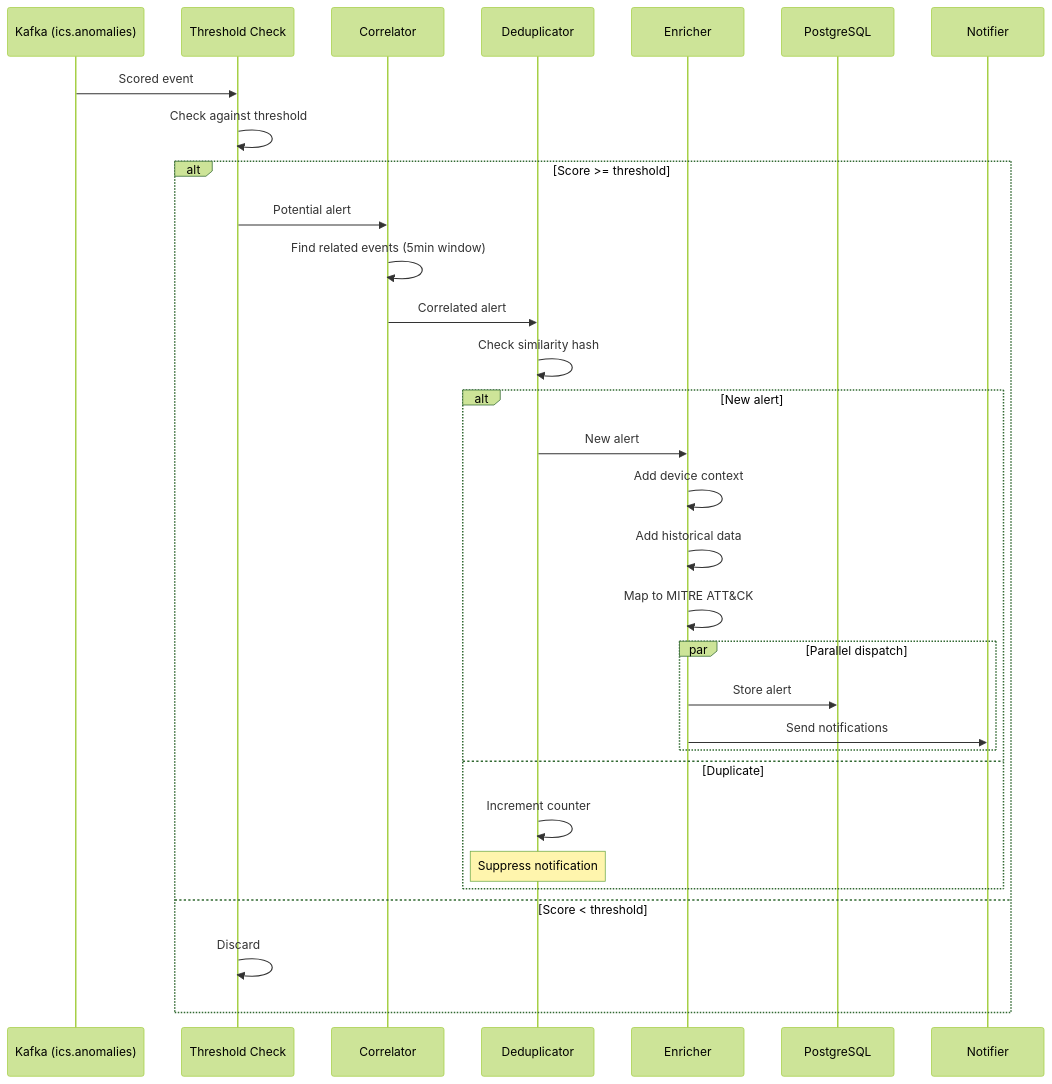
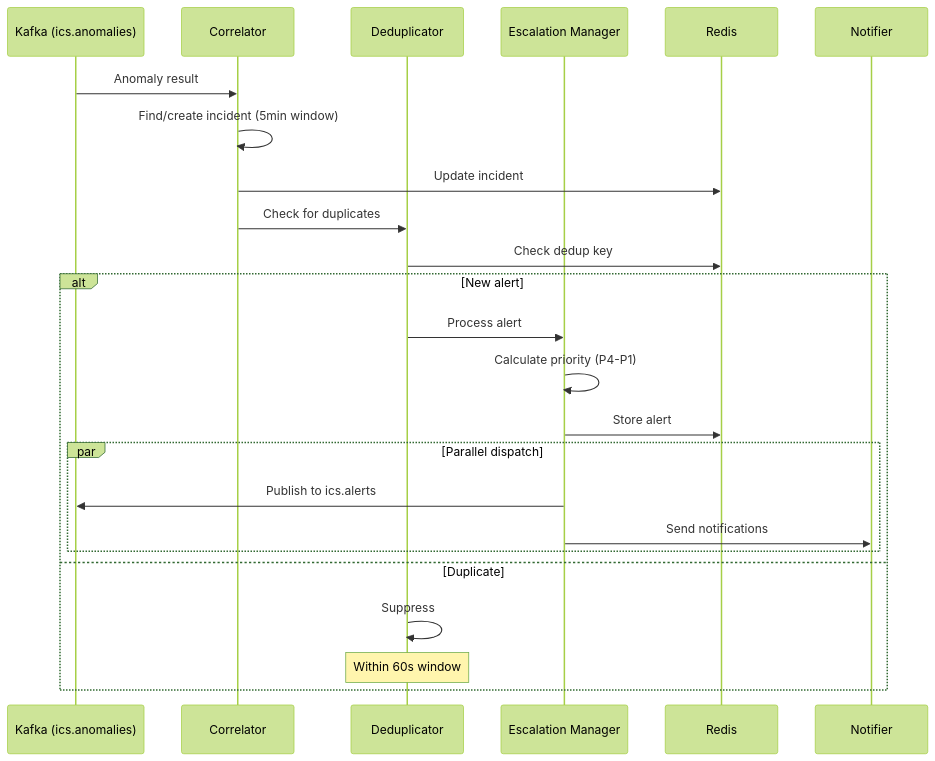
The ninth of 11 diagrams in packages/docs/docs/architecture/data-flow.md (caverac/ics-anomaly-detection), drawn with Mermaid (forest theme) before and after one commit. The commit also changed other lines of this file and 35 other files, not shown here.

````diff
--- a/packages/docs/docs/architecture/data-flow.md
+++ b/packages/docs/docs/architecture/data-flow.md
@@ -290,37 +288,30 @@
 ```mermaid
 sequenceDiagram
     participant KAFKA as Kafka (ics.anomalies)
-    participant THRESH as Threshold Check
     participant CORR as Correlator
     participant DEDUP as Deduplicator
-    participant ENRICH as Enricher
-    participant STORE as PostgreSQL
+    participant ESCAL as Escalation Manager
+    participant REDIS as Redis
     participant NOTIFY as Notifier
 
-    KAFKA->>THRESH: Scored event
-    THRESH->>THRESH: Check against threshold
+    KAFKA->>CORR: Anomaly result
+    CORR->>CORR: Find/create incident (5min window)
+    CORR->>REDIS: Update incident
 
-    alt Score >= threshold
-        THRESH->>CORR: Potential alert
-        CORR->>CORR: Find related events (5min window)
-        CORR->>DEDUP: Correlated alert
+    CORR->>DEDUP: Check for duplicates
+    DEDUP->>REDIS: Check dedup key
 
-        DEDUP->>DEDUP: Check similarity hash
-        alt New alert
-            DEDUP->>ENRICH: New alert
-            ENRICH->>ENRICH: Add device context
-            ENRICH->>ENRICH: Add historical data
-            ENRICH->>ENRICH: Map to MITRE ATT&CK
+    alt New alert
+        DEDUP->>ESCAL: Process alert
+        ESCAL->>ESCAL: Calculate priority (P4-P1)
+        ESCAL->>REDIS: Store alert
 
-            par Parallel dispatch
-                ENRICH->>STORE: Store alert
-                ENRICH->>NOTIFY: Send notifications
-            end
-        else Duplicate
-            DEDUP->>DEDUP: Increment counter
-            Note over DEDUP: Suppress notification
+        par Parallel dispatch
+            ESCAL->>KAFKA: Publish to ics.alerts
+            ESCAL->>NOTIFY: Send notifications
         end
-    else Score < threshold
-        THRESH->>THRESH: Discard
+    else Duplicate
+        DEDUP->>DEDUP: Suppress
+        Note over DEDUP: Within 60s window
     end
 ```
````
